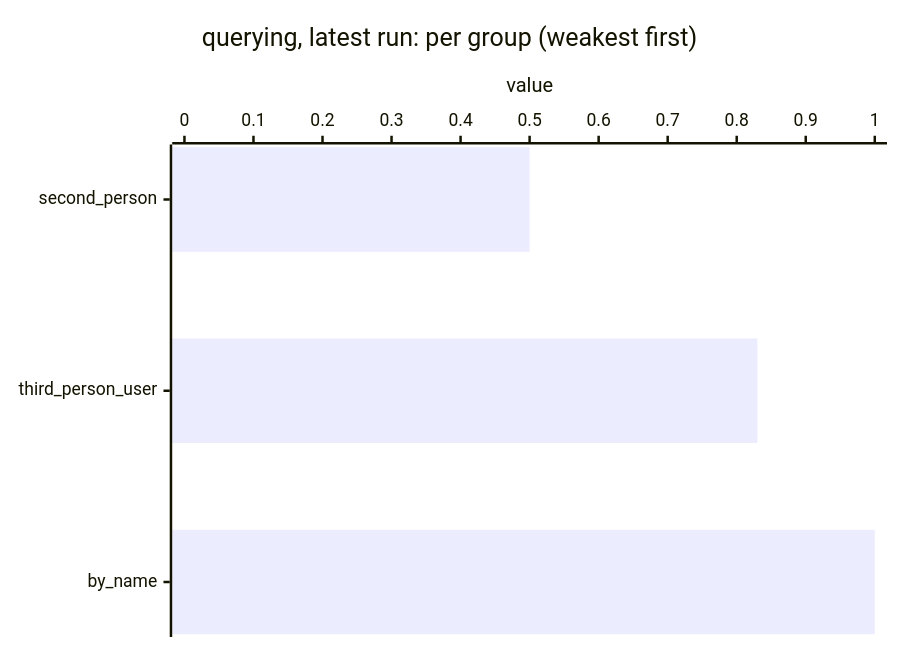
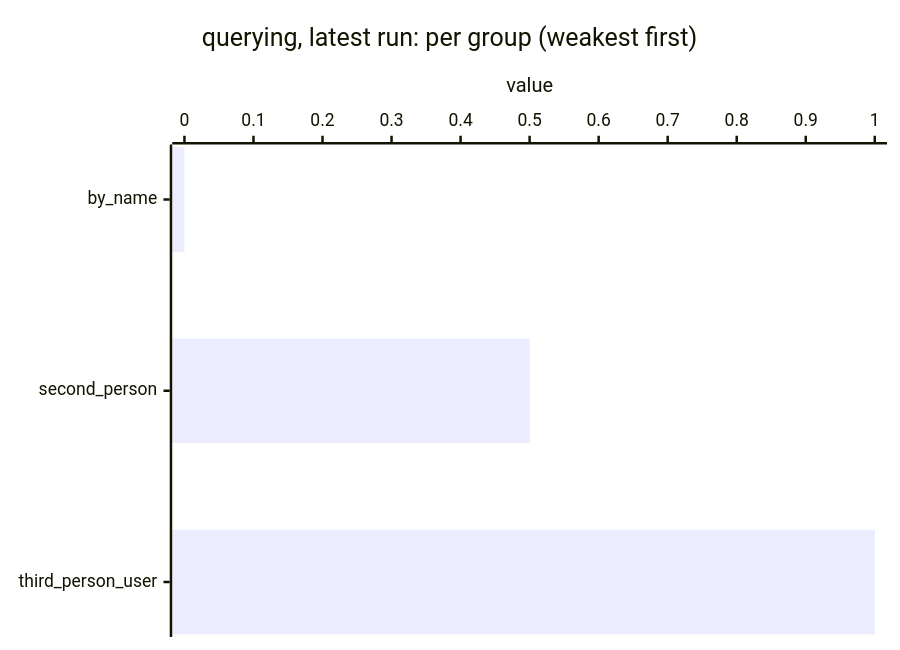
The second of 2 diagrams in lib/tests/benchmarks/querying/results/README.md (megagonlabs/blue-data-user-source), drawn with Mermaid before and after one commit. The commit also changed other lines of this file and 5 other files, not shown here.

````diff
--- a/lib/tests/benchmarks/querying/results/README.md
+++ b/lib/tests/benchmarks/querying/results/README.md
@@ -47,7 +47,7 @@
 ```mermaid
 xychart-beta horizontal
     title "querying, latest run: per group (weakest first)"
-    x-axis ["second_person", "third_person_user", "by_name"]
+    x-axis ["by_name", "second_person", "third_person_user"]
     y-axis "value" 0 --> 1
-    bar [0.50, 0.83, 1.00]
+    bar [0.00, 0.50, 1.00]
 ```
````
